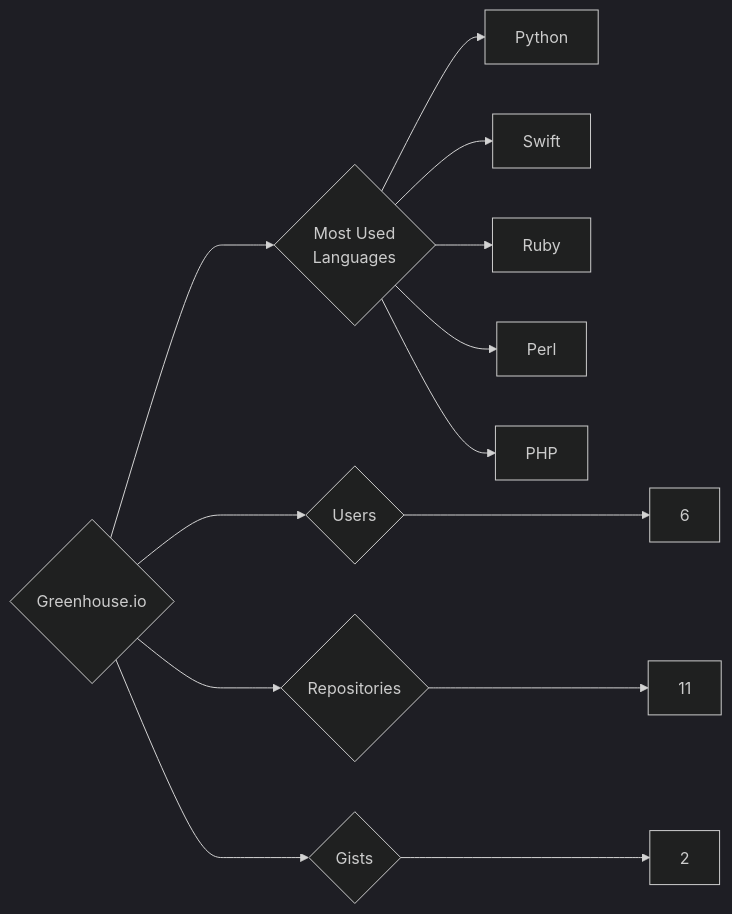
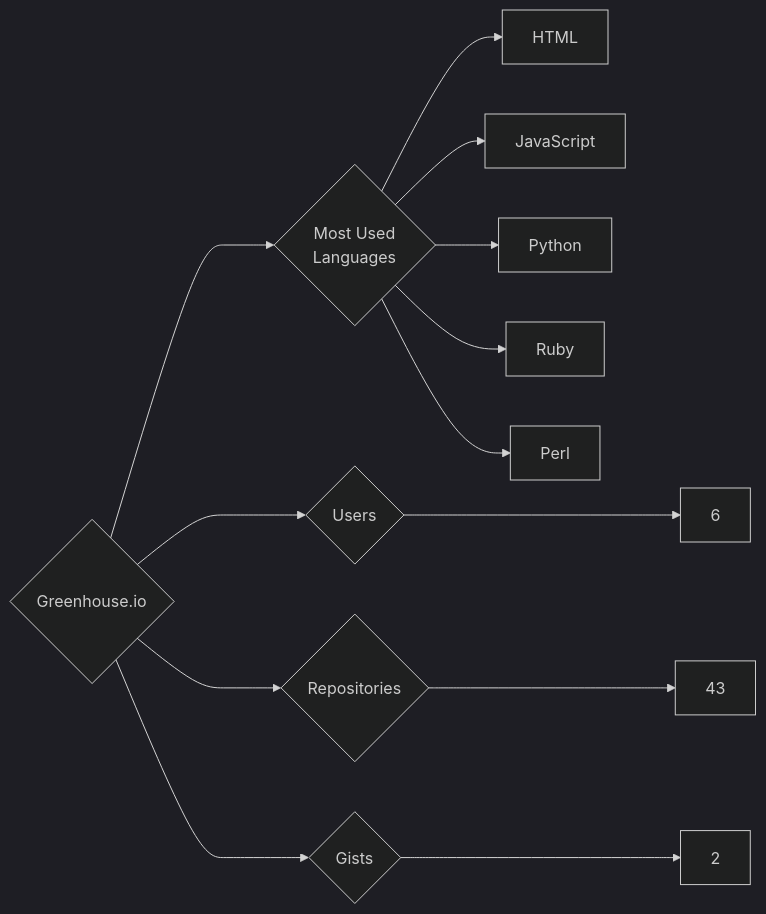
One commit to trickest/insiders changed the diagram in targets/Greenhouse.io/README.md. Above: the diagram before and after it, drawn with Mermaid (dark theme). The commit also changed 1020 other files, not shown here.

````diff
--- a/targets/Greenhouse.io/README.md
+++ b/targets/Greenhouse.io/README.md
@@ -3,13 +3,13 @@
 ```mermaid
 graph LR
 COMPANY_NAME{Greenhouse.io}
 COMPANY_NAME ---> U{Users} ---> UN[6]
-COMPANY_NAME ---> R{Repositories} ---> RN[11]
+COMPANY_NAME ---> R{Repositories} ---> RN[43]
 COMPANY_NAME ---> G{Gists} ---> GN[2]
 COMPANY_NAME ---> ML{Most Used<br>Languages}
+ML --> HTML[HTML]
+ML --> JavaScript[JavaScript]
 ML --> Python[Python]
-ML --> Swift[Swift]
 ML --> Ruby[Ruby]
 ML --> Perl[Perl]
-ML --> PHP[PHP]
 ```
````
